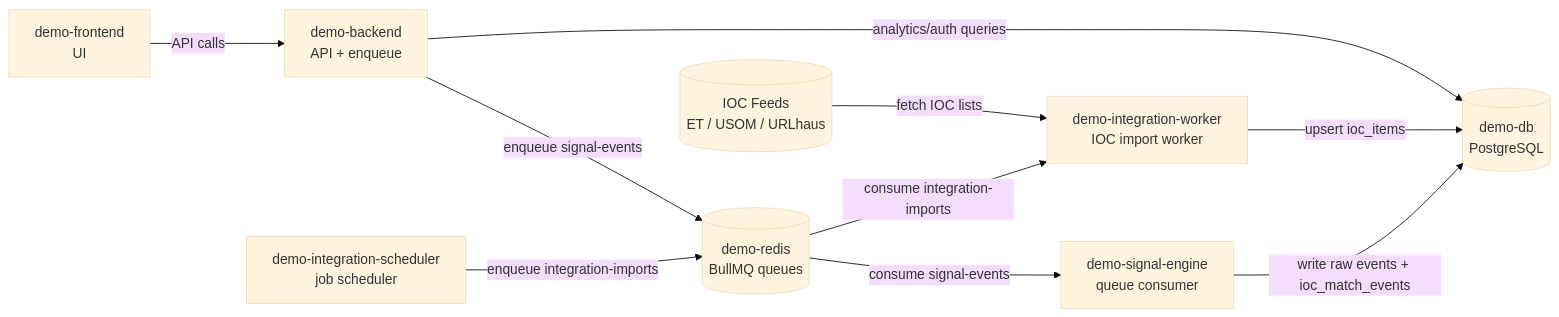
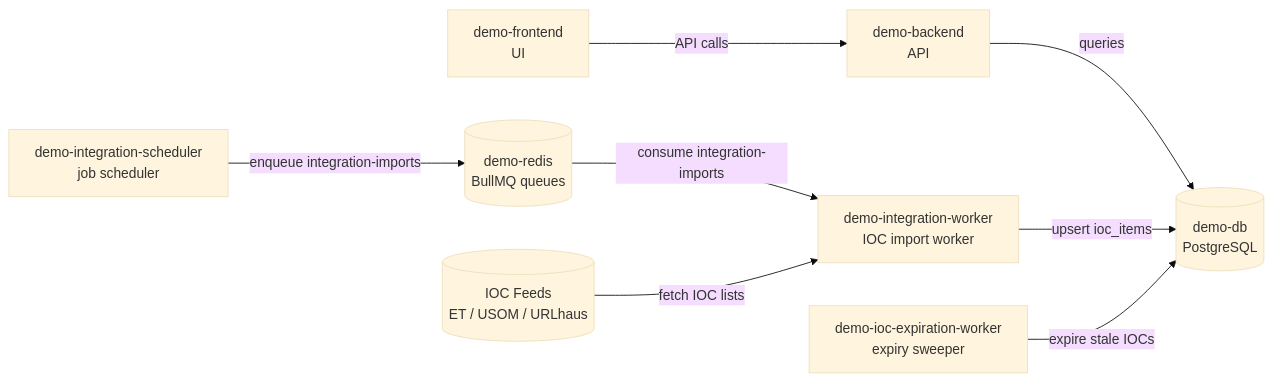
One commit to spatronn/TalonHound changed the first of 2 diagrams in docs/system-diagram.md. Above: the diagram before and after it, drawn with Mermaid (base theme). The commit also changed other lines of this file and 15 other files, not shown here.

````diff
--- a/docs/system-diagram.md
+++ b/docs/system-diagram.md
@@ -5,24 +5,21 @@
 ```mermaid
 flowchart LR
     FE[demo-frontend\nUI]
-    BE[demo-backend\nAPI + enqueue]
+    BE[demo-backend\nAPI]
     R[(demo-redis\nBullMQ queues)]
-    SE[demo-signal-engine\nqueue consumer]
     IS[demo-integration-scheduler\njob scheduler]
     IW[demo-integration-worker\nIOC import worker]
+    EXP[demo-ioc-expiration-worker\nexpiry sweeper]
     DB[(demo-db\nPostgreSQL)]
     EXT[(IOC Feeds\nET / USOM / URLhaus)]
 
     FE -->|API calls| BE
-
-    BE -->|enqueue signal-events| R
-    R -->|consume signal-events| SE
-    SE -->|write raw events + ioc_match_events| DB
+    BE -->|queries| DB
 
     IS -->|enqueue integration-imports| R
     R -->|consume integration-imports| IW
     EXT -->|fetch IOC lists| IW
     IW -->|upsert ioc_items| DB
 
-    BE -->|analytics/auth queries| DB
+    EXP -->|expire stale IOCs| DB
 ```
````
